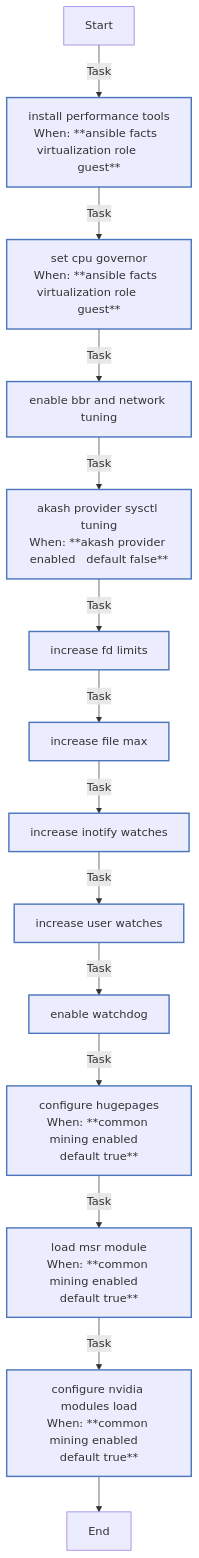
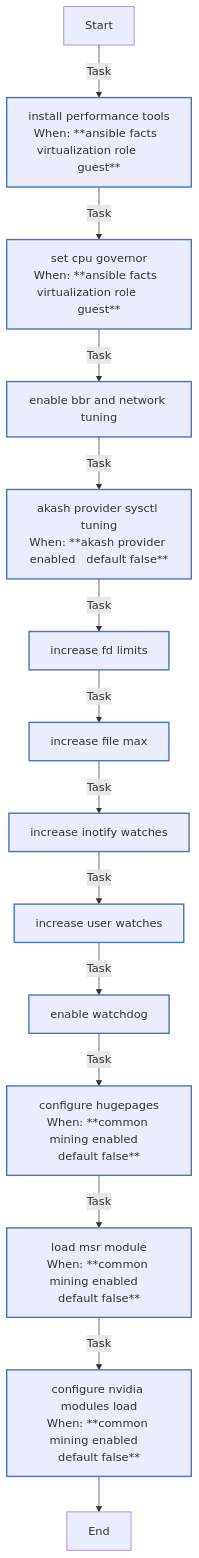
One commit to rou-cru/k3s-homelab changed the ninth of 9 diagrams in roles/common/README.md. Above: the diagram before and after it, drawn with Mermaid. The commit also changed other lines of this file and 41 other files, not shown here.

````diff
--- a/roles/common/README.md
+++ b/roles/common/README.md
@@ -725,26 +728,26 @@
 ```mermaid
 flowchart TD
 Start
 classDef block stroke:#3498db,stroke-width:2px;
 classDef task stroke:#4b76bb,stroke-width:2px;
 classDef includeTasks stroke:#16a085,stroke-width:2px;
 classDef importTasks stroke:#34495e,stroke-width:2px;
 classDef includeRole stroke:#2980b9,stroke-width:2px;
 classDef importRole stroke:#699ba7,stroke-width:2px;
 classDef includeVars stroke:#8e44ad,stroke-width:2px;
 classDef rescue stroke:#665352,stroke-width:2px;
 
   Start-->|Task| Install_performance_tools0[install performance tools<br>When: **ansible facts  virtualization role       guest**]:::task
   Install_performance_tools0-->|Task| Set_CPU_governor1[set cpu governor<br>When: **ansible facts  virtualization role       guest**]:::task
   Set_CPU_governor1-->|Task| Enable_BBR_and_Network_Tuning2[enable bbr and network tuning]:::task
   Enable_BBR_and_Network_Tuning2-->|Task| Akash_Provider_sysctl_tuning3[akash provider sysctl tuning<br>When: **akash provider enabled   default false**]:::task
   Akash_Provider_sysctl_tuning3-->|Task| Increase_FD_limits4[increase fd limits]:::task
   Increase_FD_limits4-->|Task| Increase_file_max5[increase file max]:::task
   Increase_file_max5-->|Task| Increase_inotify_watches6[increase inotify watches]:::task
   Increase_inotify_watches6-->|Task| Increase_user_watches7[increase user watches]:::task
   Increase_user_watches7-->|Task| Enable_watchdog8[enable watchdog]:::task
-  Enable_watchdog8-->|Task| Configure_hugepages9[configure hugepages<br>When: **common mining enabled   default true**]:::task
-  Configure_hugepages9-->|Task| Load_MSR_module10[load msr module<br>When: **common mining enabled   default true**]:::task
-  Load_MSR_module10-->|Task| Configure_Nvidia_modules_load11[configure nvidia modules load<br>When: **common mining enabled   default true**]:::task
+  Enable_watchdog8-->|Task| Configure_hugepages9[configure hugepages<br>When: **common mining enabled   default false**]:::task
+  Configure_hugepages9-->|Task| Load_MSR_module10[load msr module<br>When: **common mining enabled   default false**]:::task
+  Load_MSR_module10-->|Task| Configure_Nvidia_modules_load11[configure nvidia modules load<br>When: **common mining enabled   default false**]:::task
   Configure_Nvidia_modules_load11-->End
 ```
````
